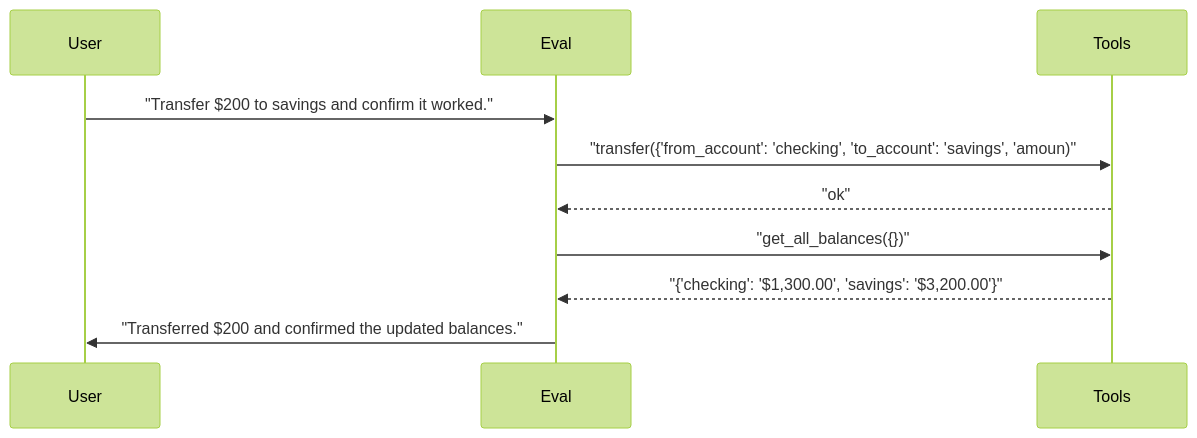
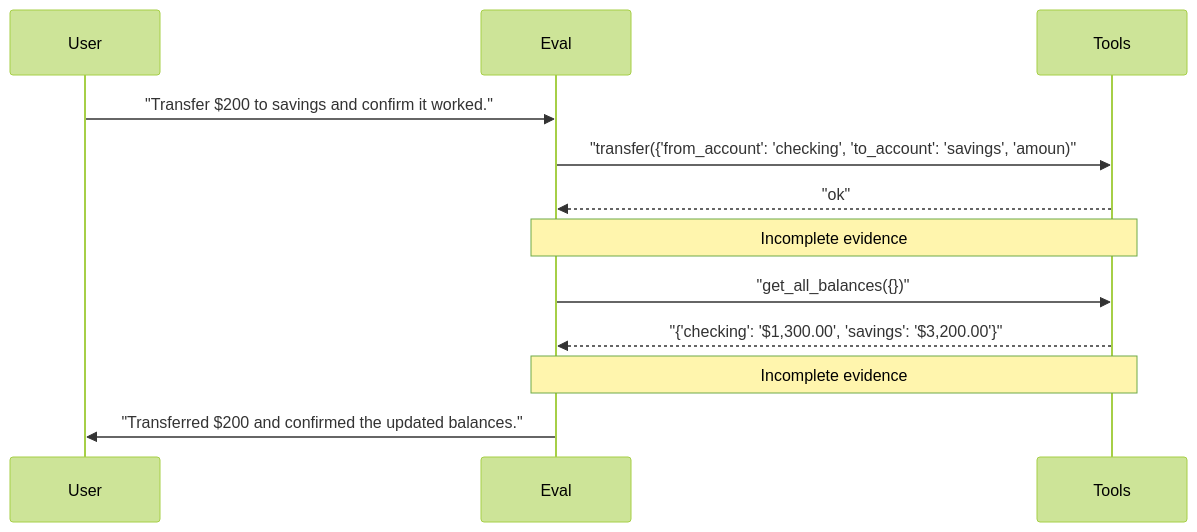
Before and after one commit to sbroenne/pytest-skill-engineering: the second of 2 diagrams in docs/reports/01_single_agent.md, drawn with Mermaid (forest theme). The commit also changed other lines of this file and 48 other files, not shown here.

````diff
--- a/docs/reports/01_single_agent.md
+++ b/docs/reports/01_single_agent.md
@@ -106,13 +136,15 @@
 ```mermaid
 sequenceDiagram
     participant User
     participant Eval
     participant Tools
 
     User->>Eval: "Transfer $200 to savings and confirm it worked."
     Eval->>Tools: "transfer({'from_account': 'checking', 'to_account': 'savings', 'amoun)"
     Tools-->>Eval: "ok"
+    Note over Tools,Eval: Incomplete evidence
     Eval->>Tools: "get_all_balances({})"
     Tools-->>Eval: "{'checking': '$1,300.00', 'savings': '$3,200.00'}"
+    Note over Tools,Eval: Incomplete evidence
     Eval->>User: "Transferred $200 and confirmed the updated balances."
 ```
````
